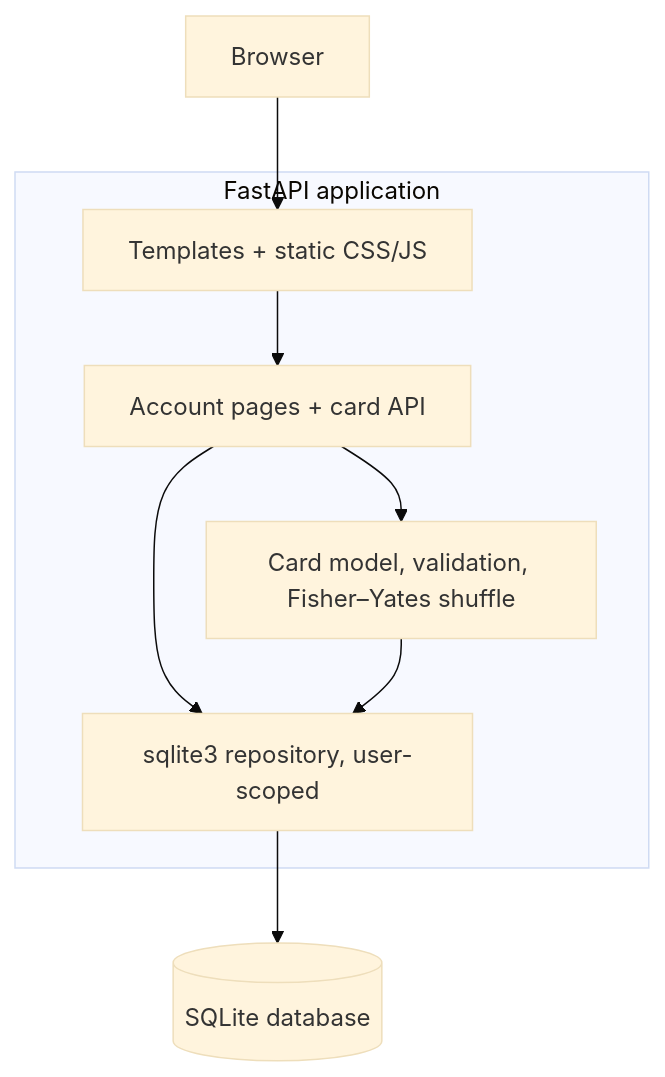
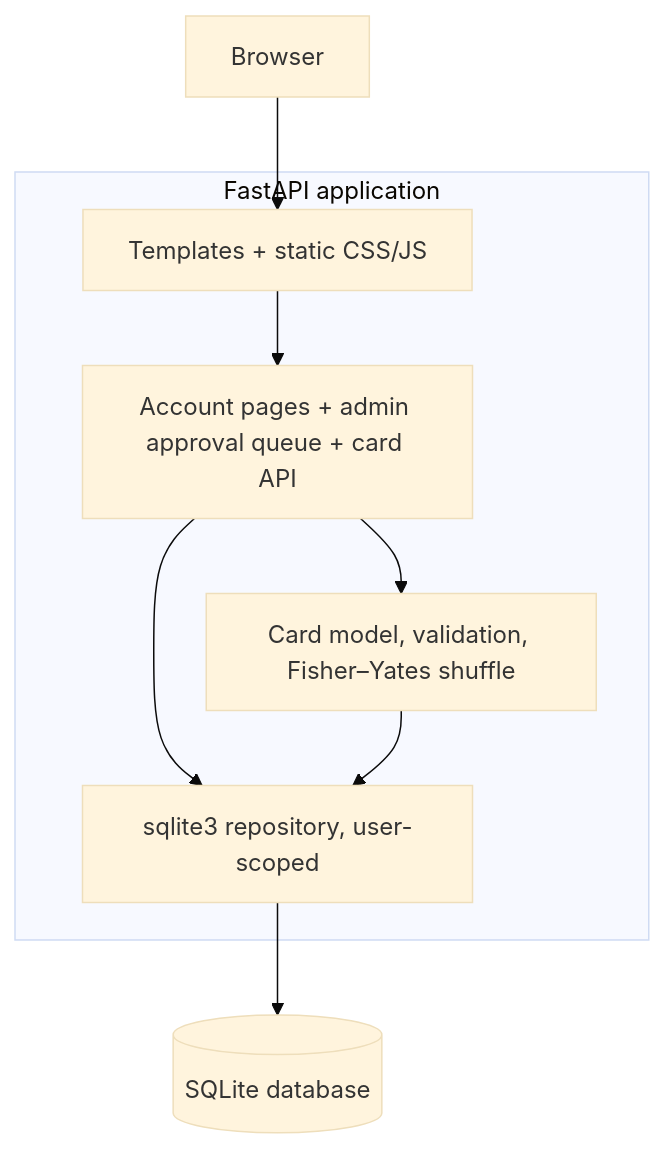
The diagram in docs/architecture.md (DarioTek/virtual-index-card), drawn with Mermaid (base theme) before and after one commit. The commit also changed other lines of this file and 24 other files, not shown here.

First line of the commit message:
Add administrator role with approval queue for new accounts

````diff
--- a/docs/architecture.md
+++ b/docs/architecture.md
@@ -11,17 +11,17 @@
 ```mermaid
 flowchart TB
     Browser[Browser]
     subgraph App[FastAPI application]
         UI[Templates + static CSS/JS]
-        Routes[Account pages + card API]
+        Routes[Account pages + admin approval queue + card API]
         Domain[Card model, validation, Fisher–Yates shuffle]
         Repo[sqlite3 repository, user-scoped]
     end
     DB[(SQLite database)]
     Browser --> UI
     UI --> Routes
     Routes --> Domain
     Routes --> Repo
     Domain --> Repo
     Repo --> DB
 ```
````
